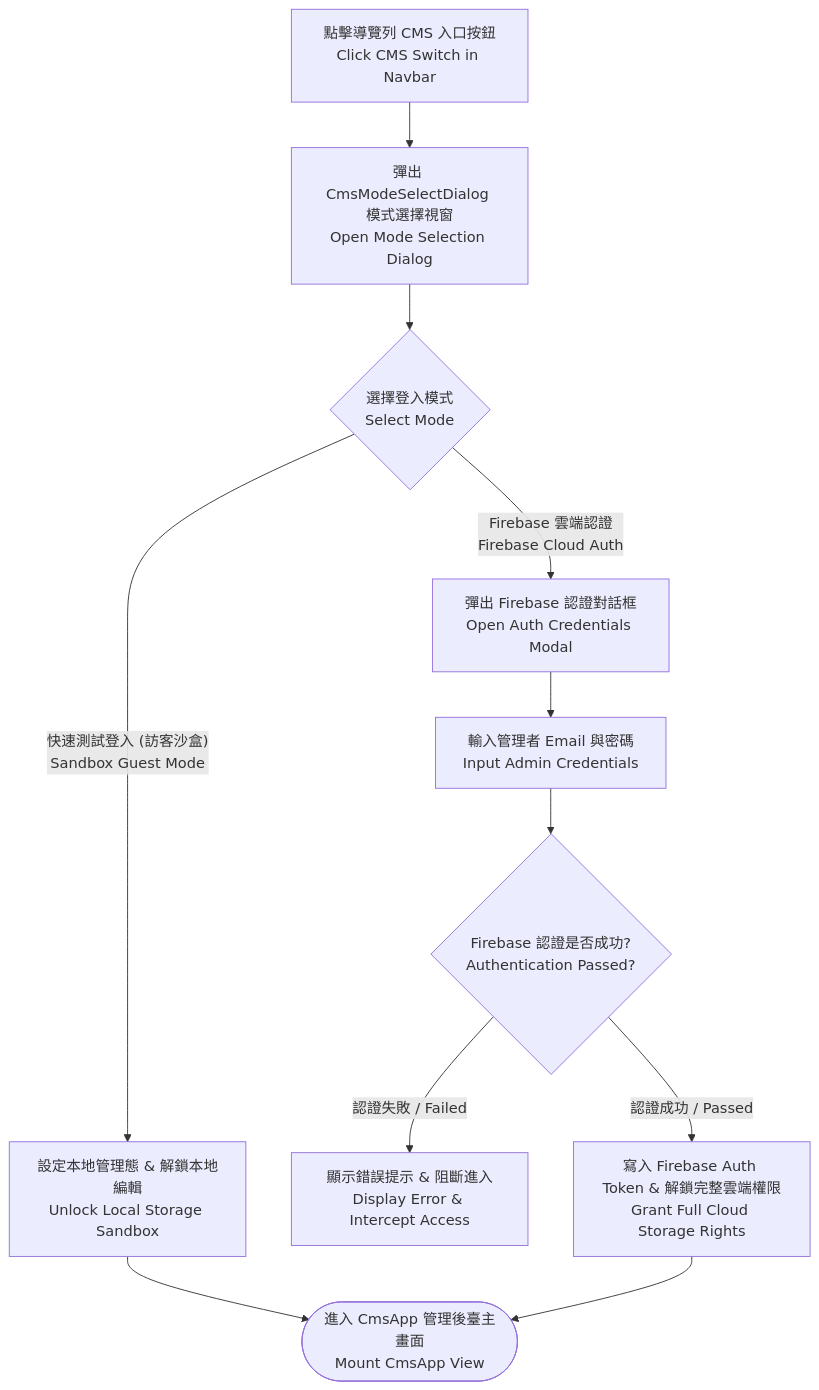
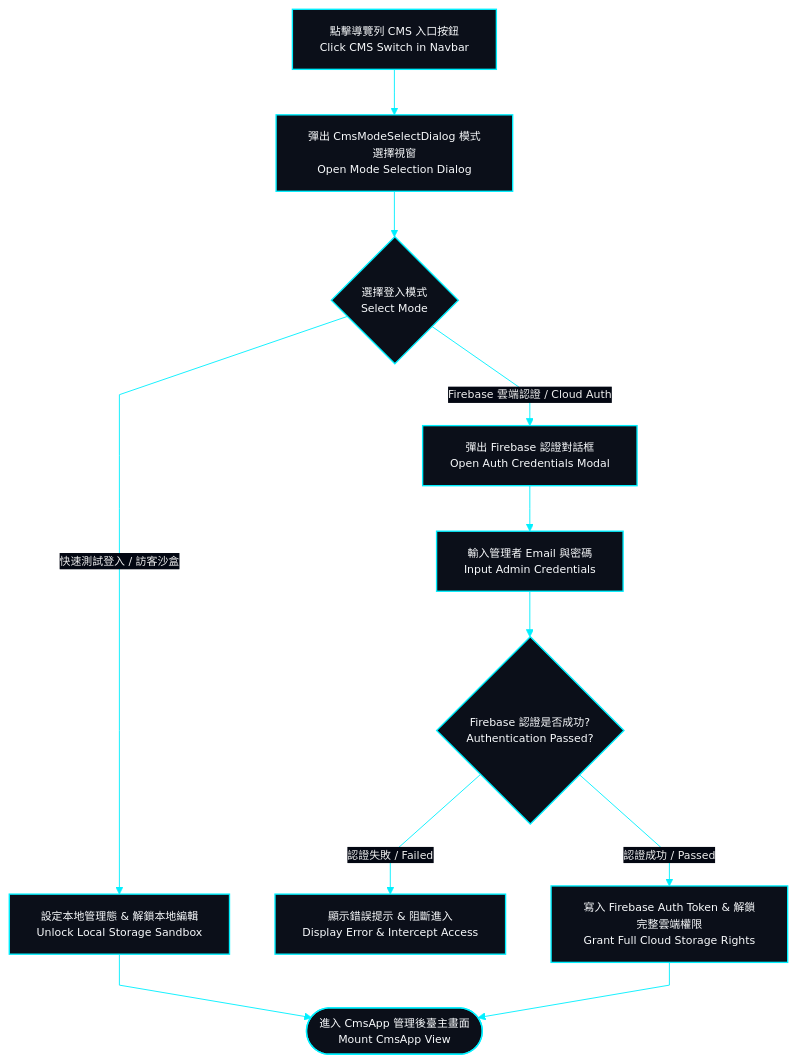
Before and after one commit to EricXJason/my-portfolio-website: the second of 4 diagrams in docs/system-design/05-flowcharts.md, drawn with Mermaid. The commit also changed other lines of this file and 11 other files, not shown here.

Commit message:
feat: harmonize architecture diagrams, formalize developer preferences, and consolidate README specifications

````diff
--- a/docs/system-design/05-flowcharts.md
+++ b/docs/system-design/05-flowcharts.md
@@ -32,16 +50,34 @@
 ```mermaid
+%%{init: {
+  'theme': 'base',
+  'themeVariables': {
+    'darkMode': true,
+    'background': '#030712',
+    'mainBkg': '#0b0f19',
+    'nodeBorder': '#00f0ff',
+    'textColor': '#f8fafc',
+    'lineColor': '#00f0ff',
+    'edgeLabelBackground': '#030712',
+    'fontSize': '12px'
+  },
+  'flowchart': {
+    'curve': 'linear'
+  }
+}}%%
 flowchart TD
-    ClickGear[點擊導覽列 CMS 入口按鈕<br>Click CMS Switch in Navbar] --> OpenDialog[彈出 CmsModeSelectDialog 模式選擇視窗<br>Open Mode Selection Dialog]
-    OpenDialog --> Choice{選擇登入模式<br>Select Mode}
+    classDef hudCard fill:#0b0f19,stroke:#00f0ff,stroke-width:1.5px,color:#f8fafc;
+
+    ClickGear[點擊導覽列 CMS 入口按鈕<br>Click CMS Switch in Navbar]:::hudCard --> OpenDialog[彈出 CmsModeSelectDialog 模式選擇視窗<br>Open Mode Selection Dialog]:::hudCard
+    OpenDialog --> Choice{選擇登入模式<br>Select Mode}:::hudCard
     
-    Choice -- 快速測試登入 (訪客沙盒)<br>Sandbox Guest Mode --> GrantGuest[設定本地管理態 & 解鎖本地編輯<br>Unlock Local Storage Sandbox]
-    Choice -- Firebase 雲端認證<br>Firebase Cloud Auth --> OpenFB[彈出 Firebase 認證對話框<br>Open Auth Credentials Modal]
+    Choice -->|"快速測試登入 / 訪客沙盒"| GrantGuest[設定本地管理態 & 解鎖本地編輯<br>Unlock Local Storage Sandbox]:::hudCard
+    Choice -->|"Firebase 雲端認證 / Cloud Auth"| OpenFB[彈出 Firebase 認證對話框<br>Open Auth Credentials Modal]:::hudCard
     
-    OpenFB --> InputCreds[輸入管理者 Email 與密碼<br>Input Admin Credentials]
-    InputCreds --> Validating{Firebase 認證是否成功?<br>Authentication Passed?}
-    Validating -- 認證失敗 / Failed --> ShowErr[顯示錯誤提示 & 阻斷進入<br>Display Error & Intercept Access]
-    Validating -- 認證成功 / Passed --> GrantAdmin[寫入 Firebase Auth Token & 解鎖完整雲端權限<br>Grant Full Cloud Storage Rights]
+    OpenFB --> InputCreds[輸入管理者 Email 與密碼<br>Input Admin Credentials]:::hudCard
+    InputCreds --> Validating{Firebase 認證是否成功?<br>Authentication Passed?}:::hudCard
+    Validating -->|"認證失敗 / Failed"| ShowErr[顯示錯誤提示 & 阻斷進入<br>Display Error & Intercept Access]:::hudCard
+    Validating -->|"認證成功 / Passed"| GrantAdmin[寫入 Firebase Auth Token & 解鎖完整雲端權限<br>Grant Full Cloud Storage Rights]:::hudCard
     
-    GrantGuest --> CMSView([進入 CmsApp 管理後臺主畫面<br>Mount CmsApp View])
+    GrantGuest --> CMSView([進入 CmsApp 管理後臺主畫面<br>Mount CmsApp View]):::hudCard
     GrantAdmin --> CMSView
 ```
````
